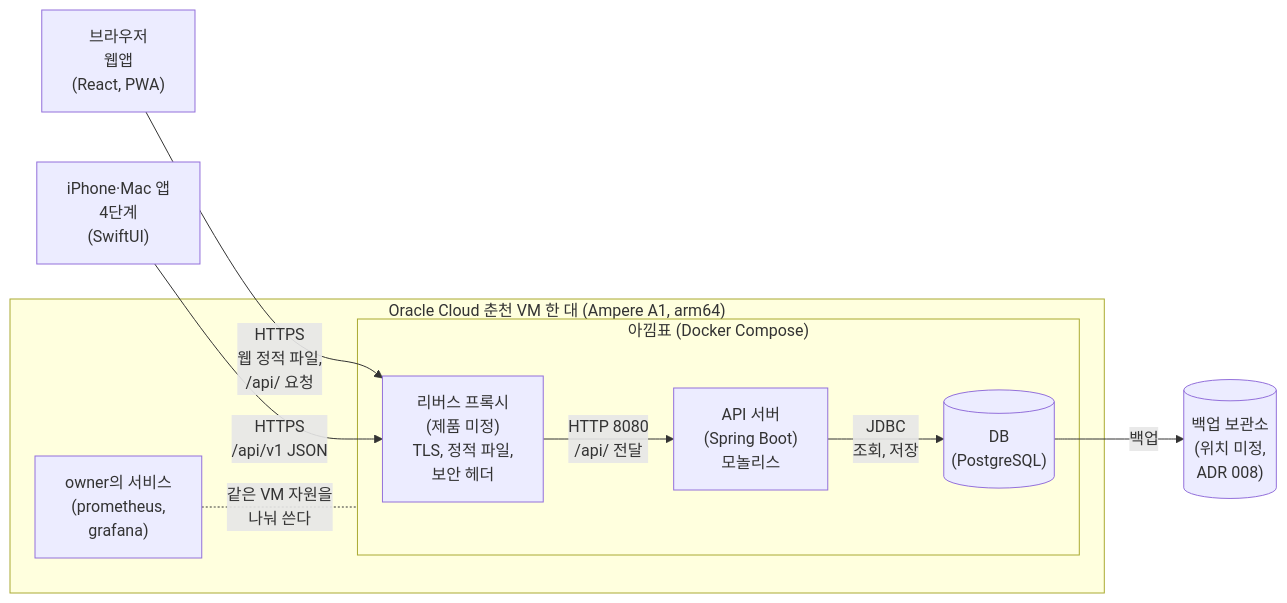
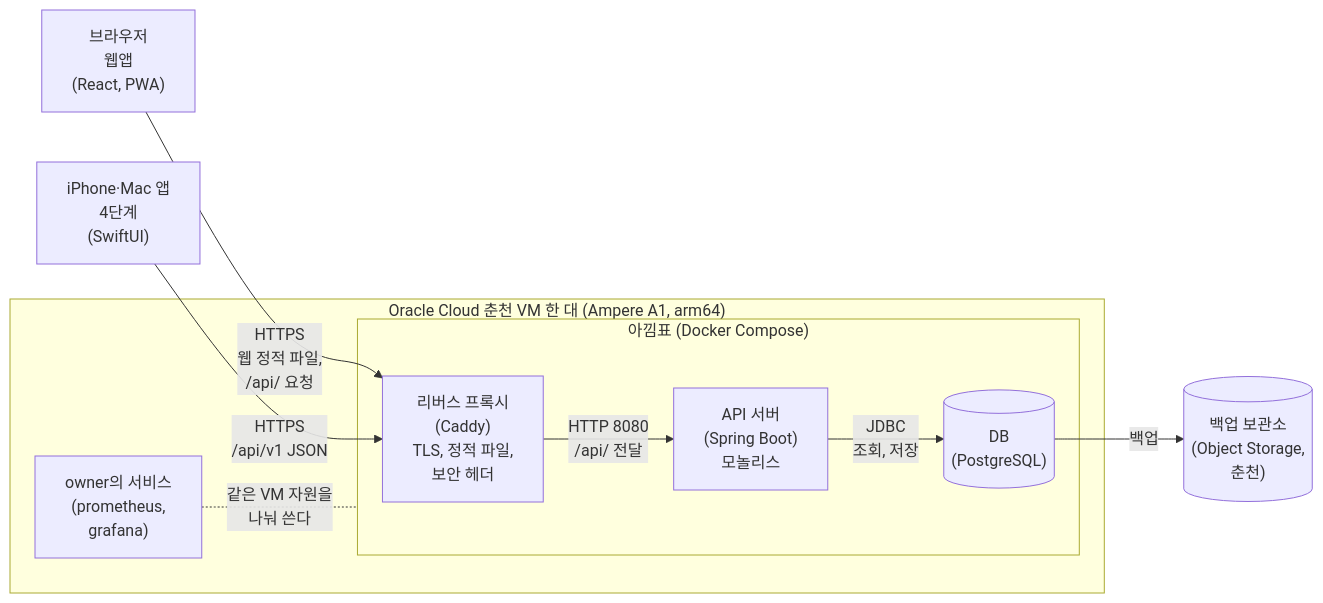
The diagram in docs/adr/005-deployment-topology.md (lomong7807/akkimpyo), drawn with Mermaid before and after one commit. The commit also changed other lines of this file, not shown here.

First line of the commit message:
ADR 005에 architect 결정 반영: digest 배포, 상태 확인은 내부, CORS와 토큰 주소 조건

````diff
--- a/docs/adr/005-deployment-topology.md
+++ b/docs/adr/005-deployment-topology.md
@@ -35,23 +38,23 @@
 ```mermaid
 flowchart LR
     browser["브라우저<br/>웹앱<br/>(React, PWA)"]
     native["iPhone·Mac 앱<br/>4단계<br/>(SwiftUI)"]
 
     subgraph vm["Oracle Cloud 춘천 VM 한 대 (Ampere A1, arm64)"]
         subgraph akkimpyo["아낌표 (Docker Compose)"]
-            proxy["리버스 프록시<br/>(제품 미정)<br/>TLS, 정적 파일,<br/>보안 헤더"]
+            proxy["리버스 프록시<br/>(Caddy)<br/>TLS, 정적 파일,<br/>보안 헤더"]
             api["API 서버<br/>(Spring Boot)<br/>모놀리스"]
             db[("DB<br/>(PostgreSQL)")]
         end
         monitoring["owner의 서비스<br/>(prometheus,<br/>grafana)"]
     end
 
-    backup[("백업 보관소<br/>(위치 미정,<br/>ADR 008)")]
+    backup[("백업 보관소<br/>(Object Storage,<br/>춘천)")]
 
     browser -->|"HTTPS<br/>웹 정적 파일,<br/>/api/ 요청"| proxy
     native -->|"HTTPS<br/>/api/v1 JSON"| proxy
     proxy -->|"HTTP 8080<br/>/api/ 전달"| api
     api -->|"JDBC<br/>조회, 저장"| db
     db -->|"백업"| backup
     monitoring -.-|"같은 VM 자원을<br/>나눠 쓴다"| akkimpyo
 ```
````
